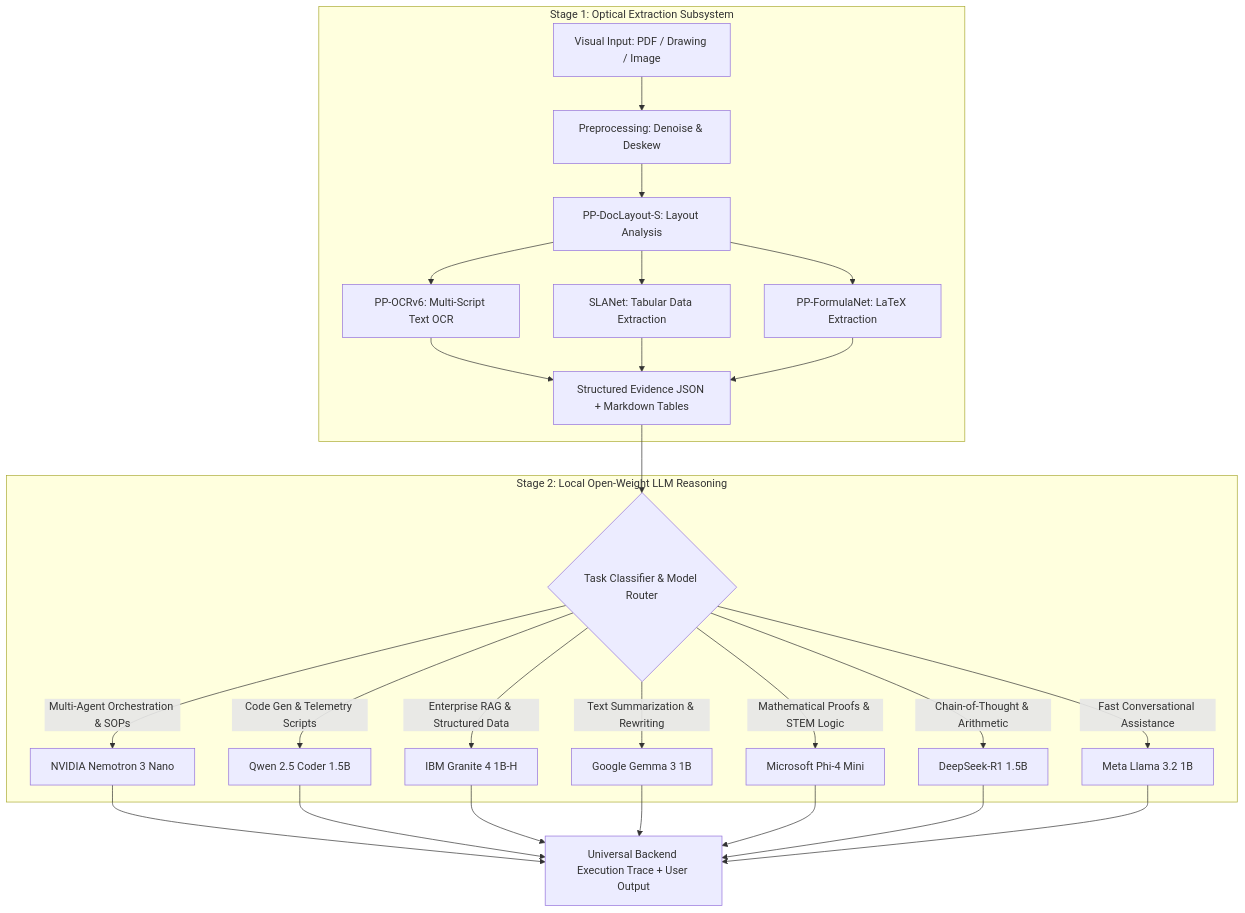
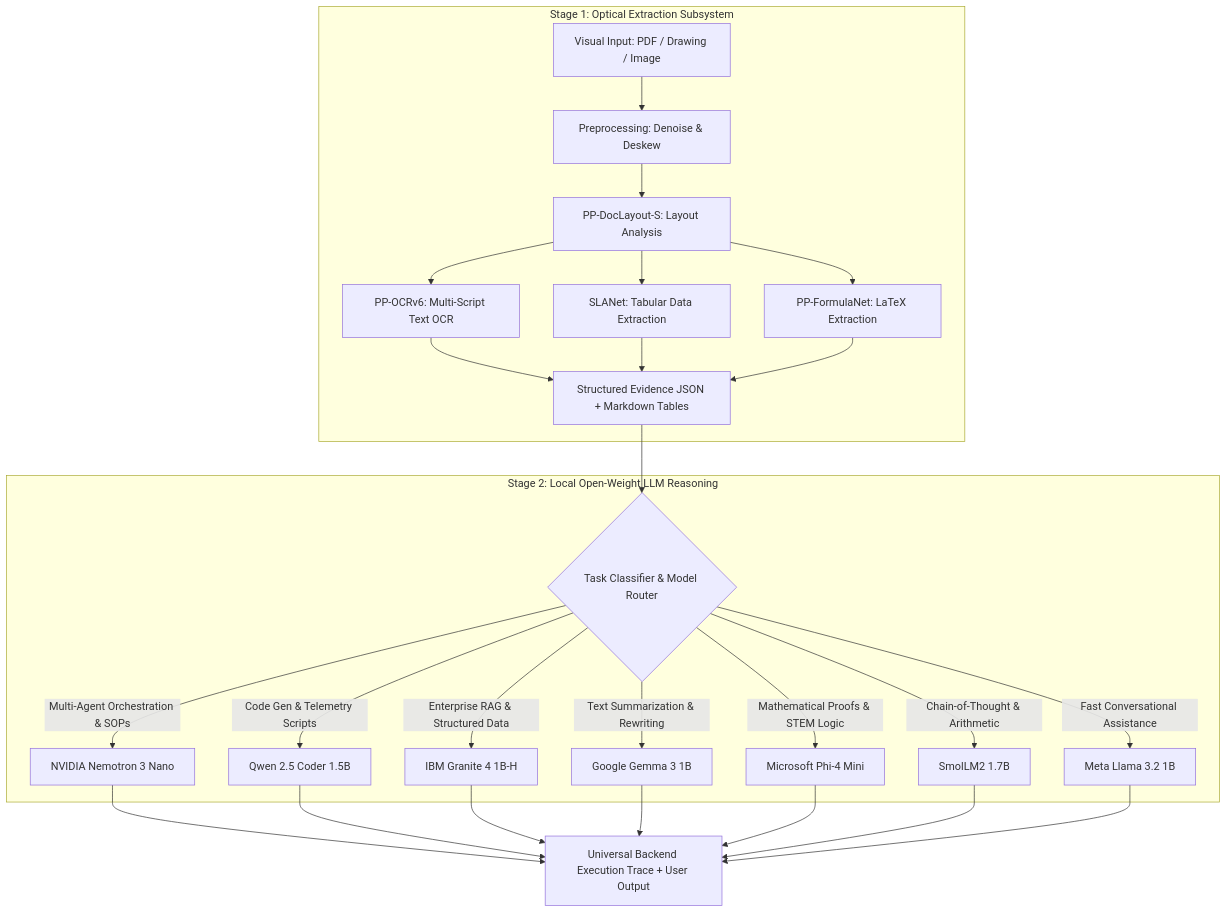
One commit to reginaldalfret/100-AI-Agents changed the diagram in docs/architecture/OCR-DOCUMENT-ENGINE.md. Above: the diagram before and after it, drawn with Mermaid. The commit also changed other lines of this file and 26 other files, not shown here.

````diff
--- a/docs/architecture/OCR-DOCUMENT-ENGINE.md
+++ b/docs/architecture/OCR-DOCUMENT-ENGINE.md
@@ -82,24 +83,24 @@
 ```mermaid
 flowchart TD
     subgraph Stage 1: Optical Extraction Subsystem
         A[Visual Input: PDF / Drawing / Image] --> B[Preprocessing: Denoise & Deskew]
         B --> C[PP-DocLayout-S: Layout Analysis]
         C --> D[PP-OCRv6: Multi-Script Text OCR]
         C --> E[SLANet: Tabular Data Extraction]
         C --> F[PP-FormulaNet: LaTeX Extraction]
         D & E & F --> G[Structured Evidence JSON + Markdown Tables]
     end
 
     subgraph Stage 2: Local Open-Weight LLM Reasoning
         G --> H{Task Classifier & Model Router}
         H -->|Multi-Agent Orchestration & SOPs| M1[NVIDIA Nemotron 3 Nano]
         H -->|Code Gen & Telemetry Scripts| M2[Qwen 2.5 Coder 1.5B]
         H -->|Enterprise RAG & Structured Data| M3[IBM Granite 4 1B-H]
         H -->|Text Summarization & Rewriting| M4[Google Gemma 3 1B]
         H -->|Mathematical Proofs & STEM Logic| M5[Microsoft Phi-4 Mini]
-        H -->|Chain-of-Thought & Arithmetic| M6[DeepSeek-R1 1.5B]
+        H -->|Chain-of-Thought & Arithmetic| M6[SmolLM2 1.7B]
         H -->|Fast Conversational Assistance| M7[Meta Llama 3.2 1B]
     end
 
     M1 & M2 & M3 & M4 & M5 & M6 & M7 --> I[Universal Backend Execution Trace + User Output]
 ```
````
